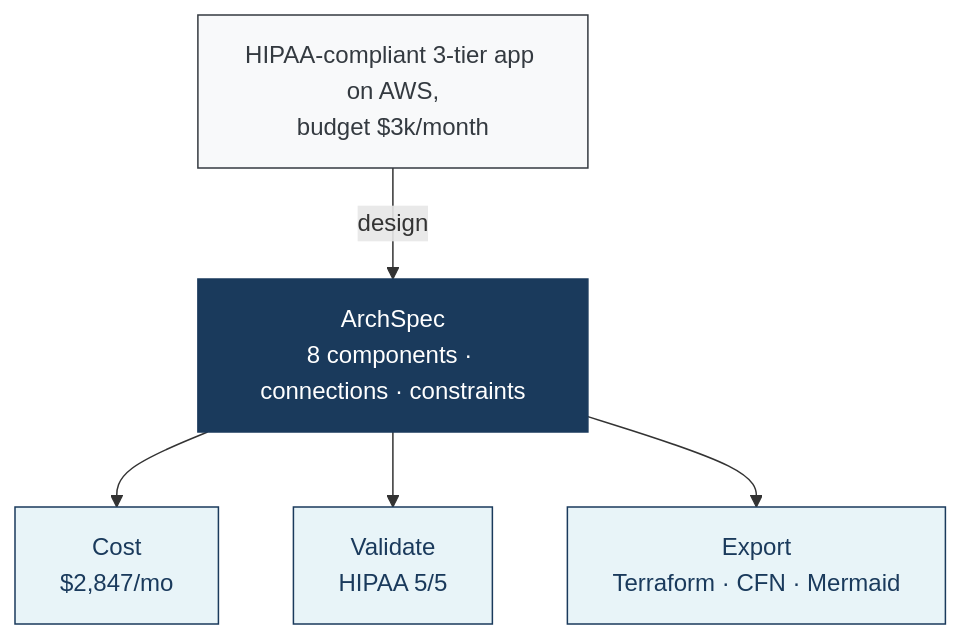
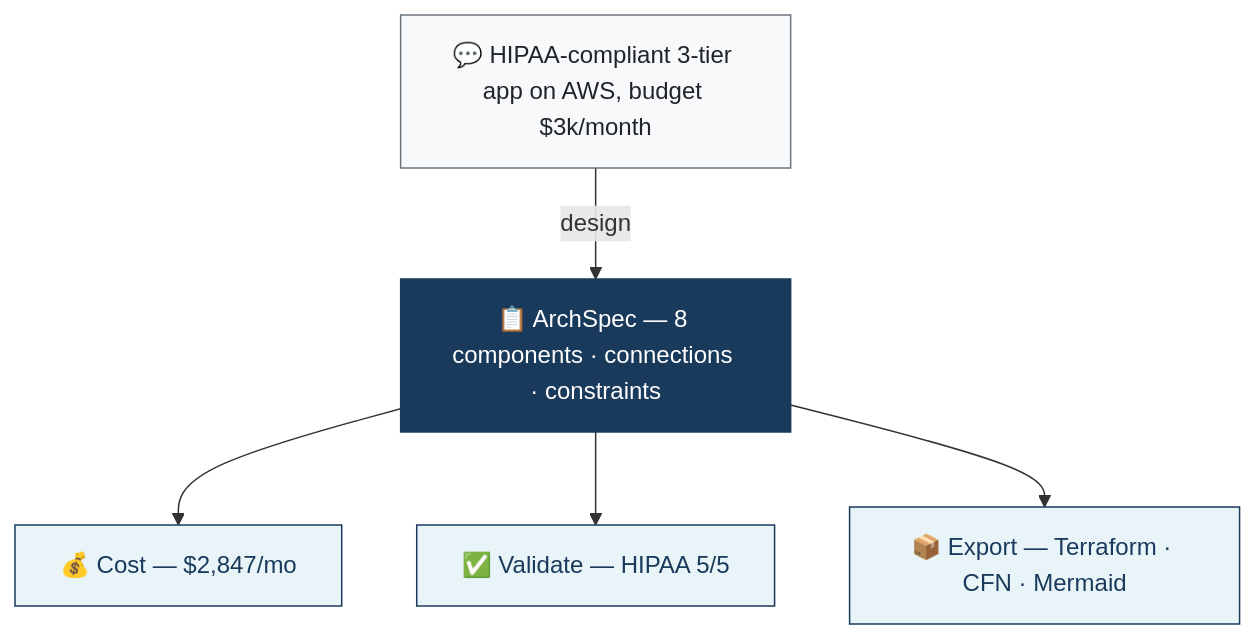
One commit to xmpuspus/cloudwright changed the first of 2 diagrams in README.md. Above: the diagram before and after it, drawn with Mermaid.

Commit message:
Fix Mermaid diagram — single-line labels, emoji prefixes, cleaner edges

````diff
--- a/README.md
+++ b/README.md
@@ -13,19 +13,17 @@
 ```mermaid
 flowchart TD
-    prompt["HIPAA-compliant 3-tier app on AWS,\nbudget $3k/month"]
-    spec["ArchSpec\n8 components · connections · constraints"]
-    cost["Cost\n$2,847/mo"]
-    validate["Validate\nHIPAA 5/5"]
-    export["Export\nTerraform · CFN · Mermaid"]
+    prompt["💬 HIPAA-compliant 3-tier app on AWS, budget $3k/month"]
+    spec["📋 ArchSpec — 8 components · connections · constraints"]
+    cost["💰 Cost — $2,847/mo"]
+    validate["✅ Validate — HIPAA 5/5"]
+    export["📦 Export — Terraform · CFN · Mermaid"]
 
-    prompt -->|design| spec
-    spec --> cost
-    spec --> validate
-    spec --> export
+    prompt -- design --> spec
+    spec --> cost & validate & export
 
-    style prompt fill:#f8f9fa,stroke:#343a40,color:#343a40
+    style prompt fill:#f8f9fa,stroke:#6c757d,color:#212529
     style spec fill:#1a3a5c,stroke:#1a3a5c,color:#fff
     style cost fill:#e8f4f8,stroke:#1a3a5c,color:#1a3a5c
     style validate fill:#e8f4f8,stroke:#1a3a5c,color:#1a3a5c
     style export fill:#e8f4f8,stroke:#1a3a5c,color:#1a3a5c
 ```
````
